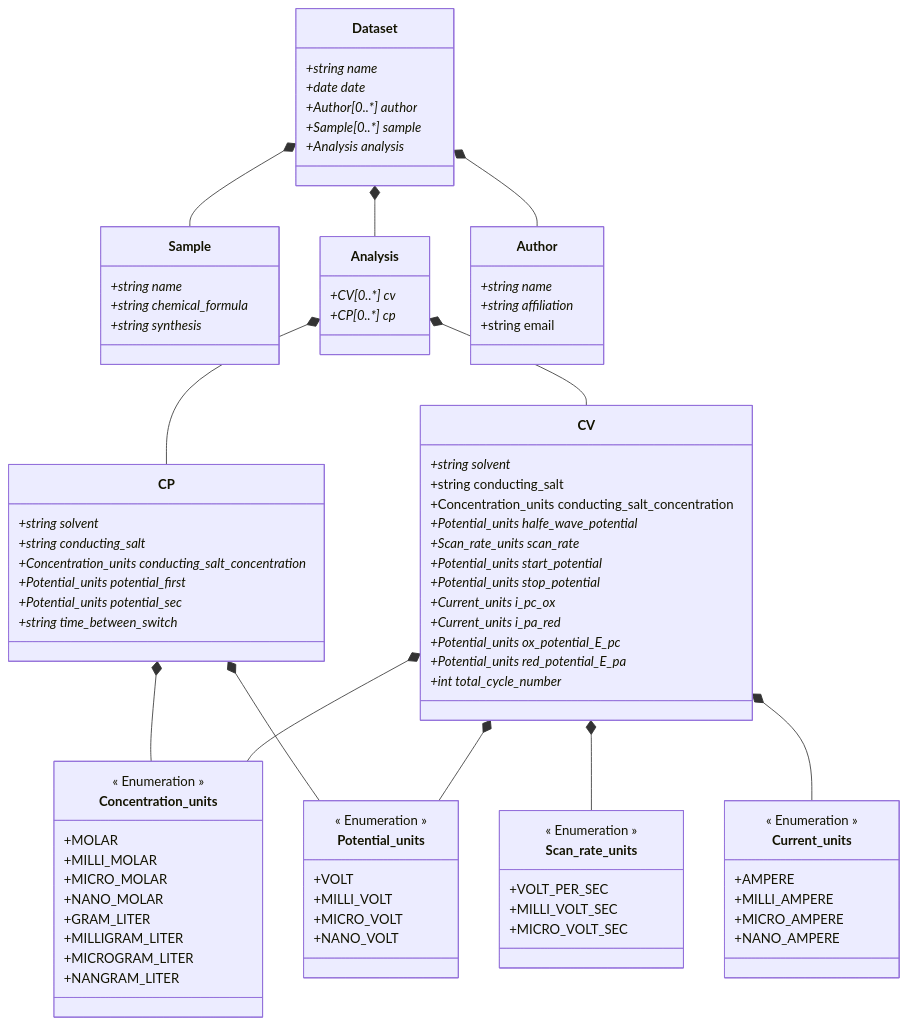
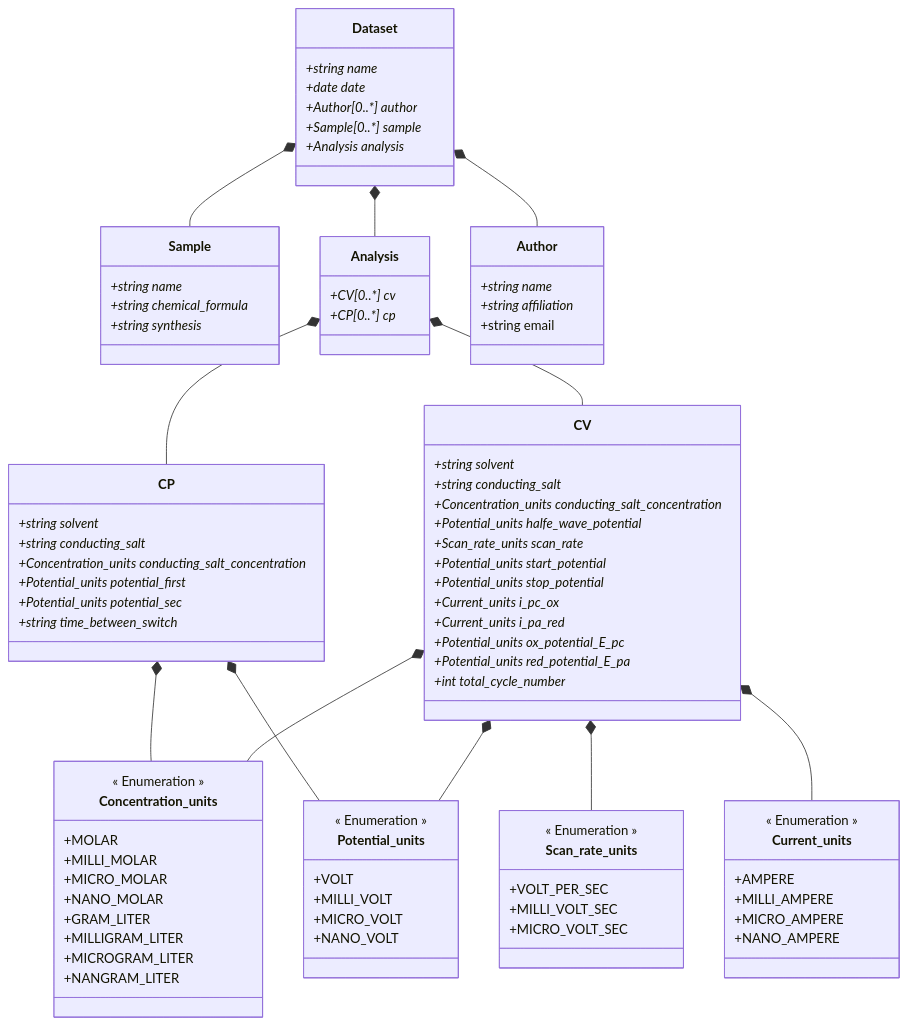
One commit to FAIRChemistry/datamodel-electrochemistry changed the diagram in ElectrochemistryDataModel/schemes/electrochemistrydatamodel_schema.md. Above: the diagram before and after it, drawn with Mermaid. The commit also changed 7 other files, not shown here.

```diff
--- a/ElectrochemistryDataModel/schemes/electrochemistrydatamodel_schema.md
+++ b/ElectrochemistryDataModel/schemes/electrochemistrydatamodel_schema.md
@@ -42,8 +42,8 @@
     
     class CV {
         +string solvent*
-        +string conducting_salt
-        +Concentration_units conducting_salt_concentration
+        +string conducting_salt*
+        +Concentration_units conducting_salt_concentration*
         +Potential_units halfe_wave_potential*
         +Scan_rate_units scan_rate*
         +Potential_units start_potential*
```
